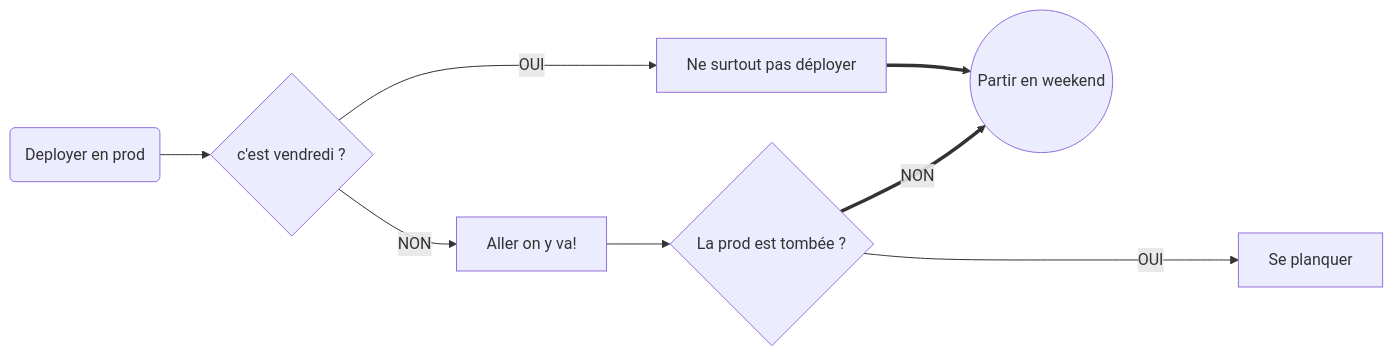
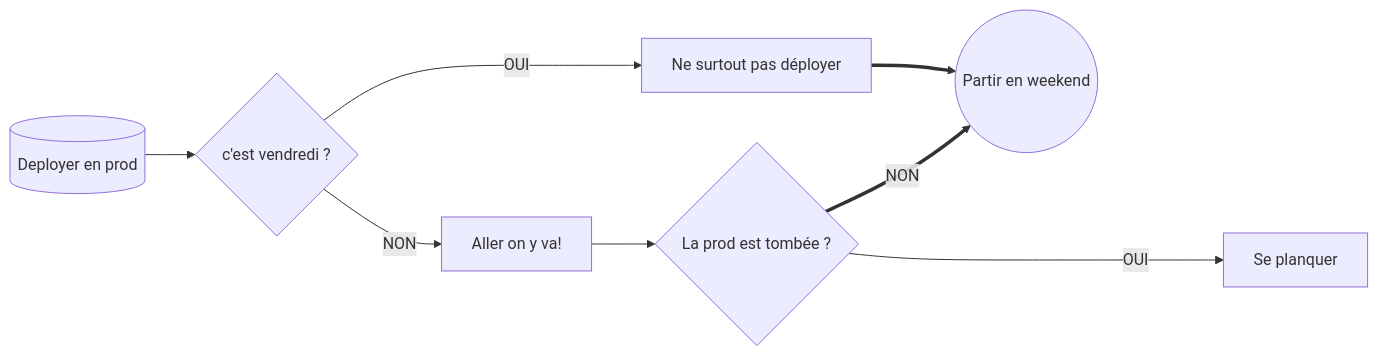
The third of 4 diagrams in flowcharts/README.md (ErwanLT/mermaidMarkdown), drawn with Mermaid before and after one commit. The commit also changed other lines of this file, not shown here.

Commit message:
flowcharts

````diff
--- a/flowcharts/README.md
+++ b/flowcharts/README.md
@@ -27,10 +28,10 @@
 ```mermaid
   flowchart LR
-      A(Deployer en prod)-->B{c'est vendredi ?};
+      A[(Deployer en prod)]-->B{c'est vendredi ?};
       B -- OUI --> C[Ne surtout pas déployer];
       C ==> G;
       B -- NON --> D[Aller on y va!];
       D--> E{La prod est tombée ?};
       E -- OUI ----> F[Se planquer];
       E == NON ==> G((Partir en weekend));
 ```
````
